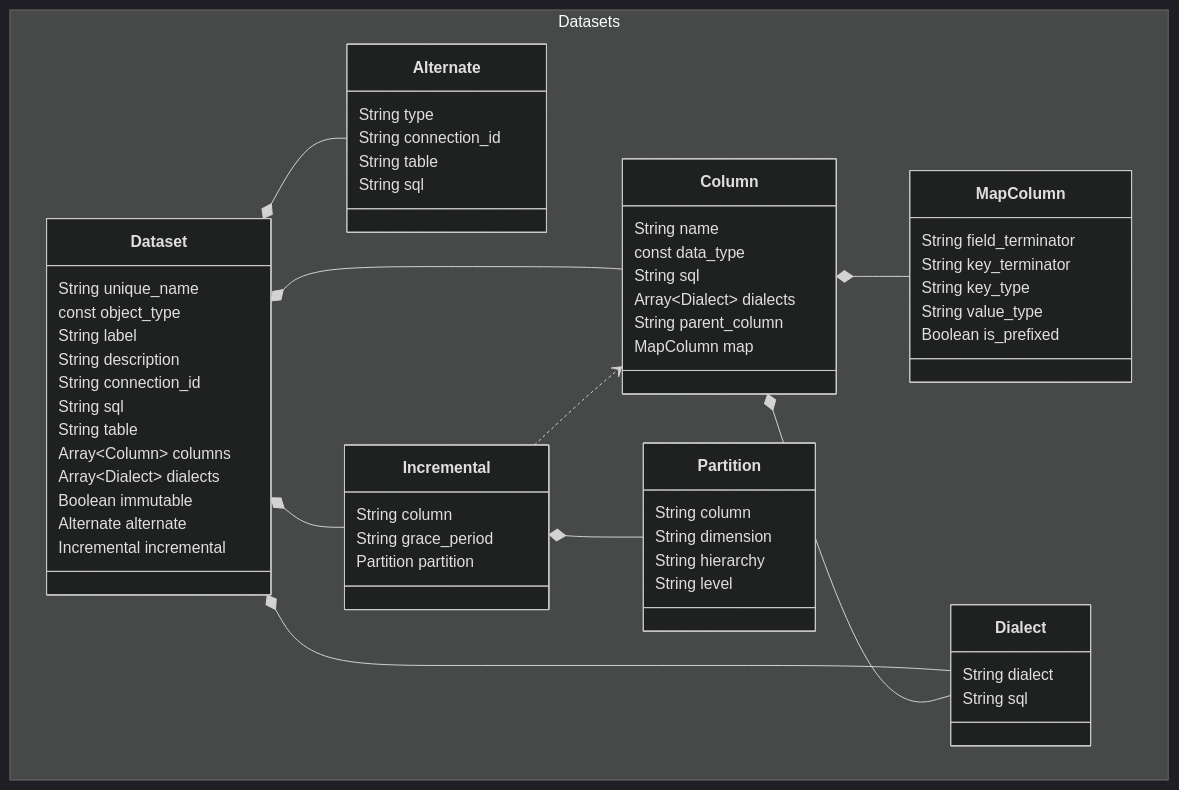
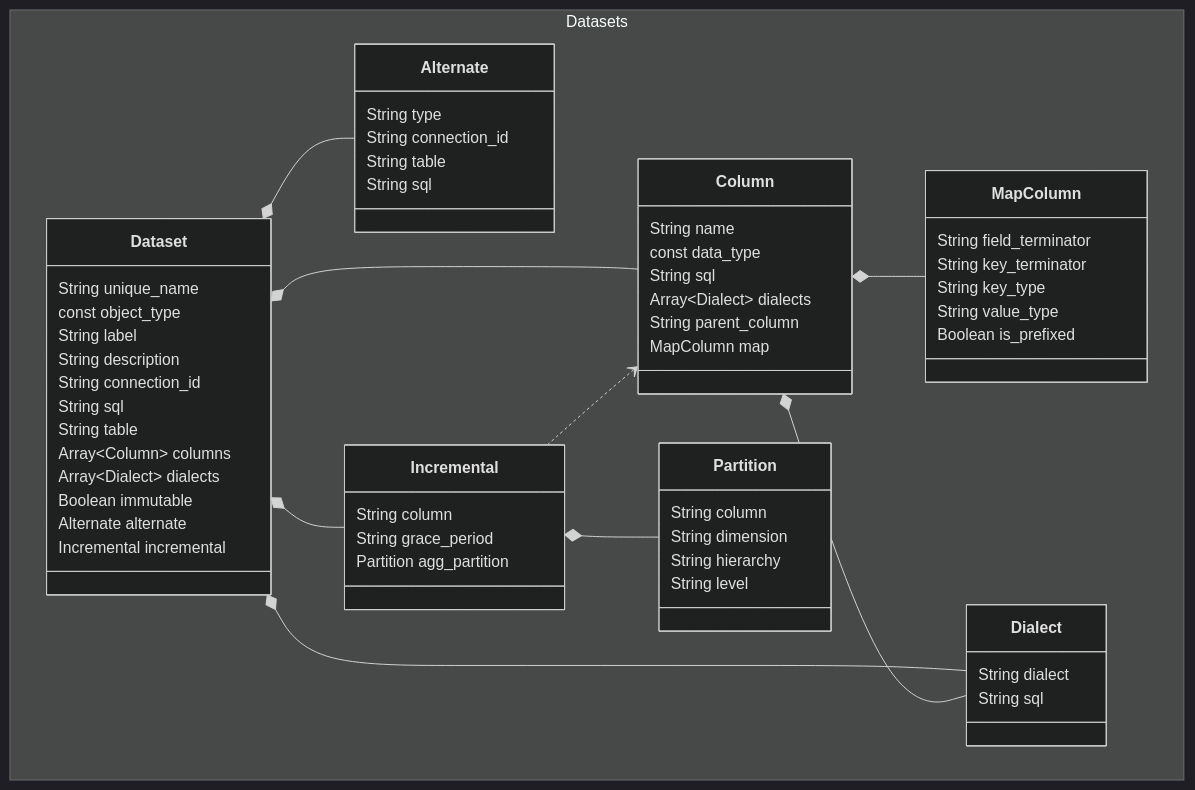
The diagram in sml-reference/dataset.md (semanticdatalayer/SML), drawn with Mermaid (dark theme) before and after one commit. The commit also changed other lines of this file, not shown here.

Commit message:
`partition` renamed to `agg_partition`

````diff
--- a/sml-reference/dataset.md
+++ b/sml-reference/dataset.md
@@ -143,63 +143,63 @@
 ```mermaid
 classDiagram
     Dataset *-- Column
     Dataset *-- Alternate
     Dataset *-- Incremental
     Incremental *-- Partition
     Incremental ..> Column
     Column *-- MapColumn
     Dataset *-- Dialect
     Column *-- Dialect
 namespace Datasets{
     class Dataset{
       String unique_name
       const object_type
       String label
       String description
       String connection_id
       String sql
       String table
       Array~Column~ columns
       Array~Dialect~ dialects
       Boolean immutable
       Alternate alternate
       Incremental incremental
     }
     class Column{
       String name
       const data_type
       String sql
       Array~Dialect~ dialects
       String parent_column
       MapColumn map
     }
     class Dialect{
       String dialect
       String sql
     }
     class Alternate{
       String type
       String connection_id
       String table
       String sql
     }
     class Incremental{
       String column
       String grace_period
-      Partition partition
+      Partition agg_partition
     }
     class Partition{
       String column
       String dimension
       String hierarchy
       String level
     }
     class MapColumn{
       String field_terminator
       String key_terminator
       String key_type
       String value_type
       Boolean is_prefixed
     }
 }
 ```
````
